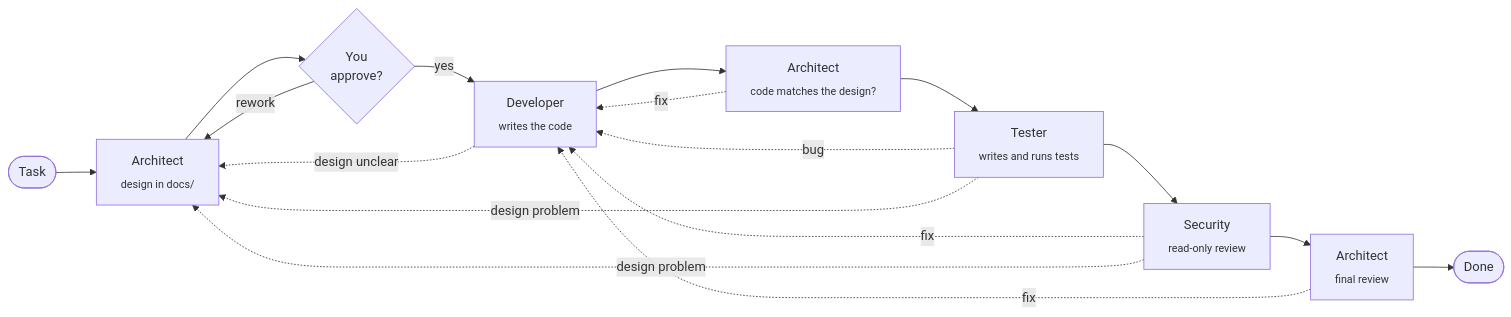
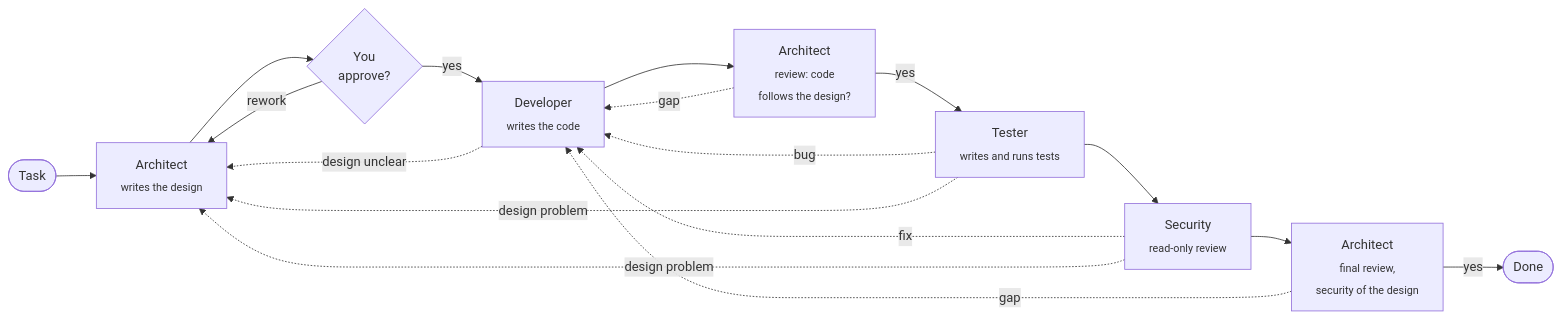
Before and after one commit to aeygenson/ai-harness: the diagram in README.md, drawn with Mermaid. The commit also changed other lines of this file, not shown here.

First line of the commit message:
README: describe the Architect's review and final review

````diff
--- a/README.md
+++ b/README.md
@@ -41,19 +43,19 @@
 ```mermaid
 flowchart LR
-    T([Task]) --> A[Architect<br><sub>design in docs/</sub>]
+    T([Task]) --> A[Architect<br><sub>writes the design</sub>]
     A --> H{You<br>approve?}
     H -- "rework" --> A
     H -- "yes" --> D[Developer<br><sub>writes the code</sub>]
-    D --> R[Architect<br><sub>code matches the design?</sub>]
-    R --> Te[Tester<br><sub>writes and runs tests</sub>]
+    D --> R[Architect<br><sub>review: code<br>follows the design?</sub>]
+    R -- "yes" --> Te[Tester<br><sub>writes and runs tests</sub>]
     Te --> S[Security<br><sub>read-only review</sub>]
-    S --> F[Architect<br><sub>final review</sub>]
-    F --> Done([Done])
-    R -. "fix" .-> D
+    S --> F[Architect<br><sub>final review,<br>security of the design</sub>]
+    F -- "yes" --> Done([Done])
+    R -. "gap" .-> D
     Te -. "bug" .-> D
     S -. "fix" .-> D
-    F -. "fix" .-> D
+    F -. "gap" .-> D
     D -. "design unclear" .-> A
     Te -. "design problem" .-> A
     S -. "design problem" .-> A
 ```
````
